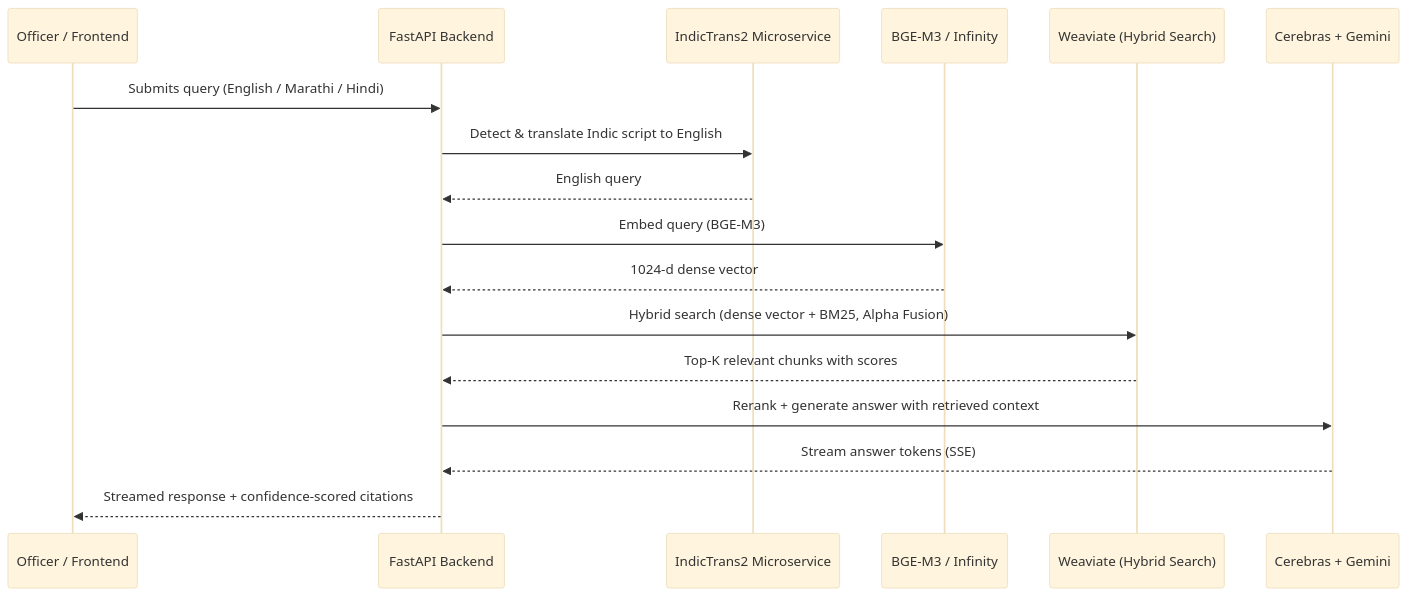
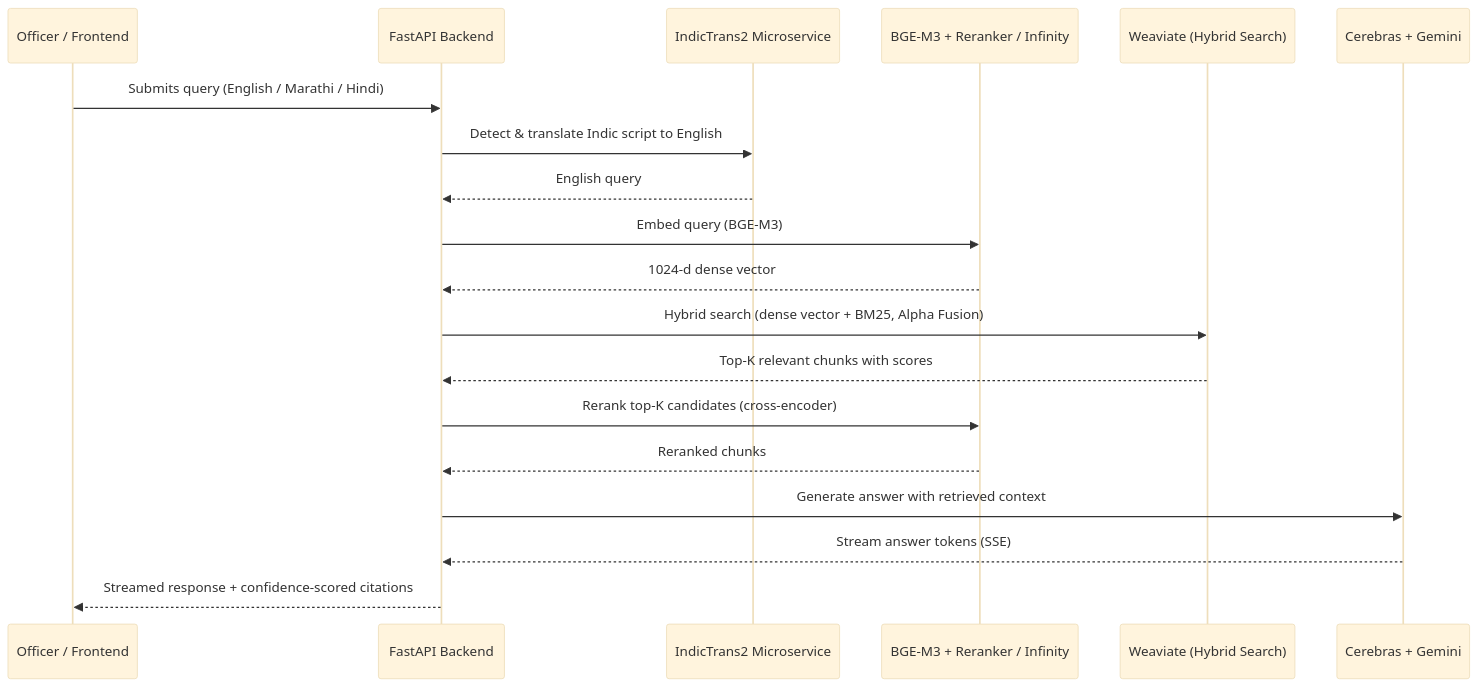
The first of 2 diagrams in README.md (pushkqr/gov-assist-rag), drawn with Mermaid (base theme) before and after one commit. The commit also changed other lines of this file and 11 other files, not shown here.

````diff
--- a/README.md
+++ b/README.md
@@ -51,20 +52,22 @@
 ```mermaid
 sequenceDiagram
     participant User as Officer / Frontend
     participant API as FastAPI Backend
     participant Trans as IndicTrans2 Microservice
-    participant Embed as BGE-M3 / Infinity
+    participant Embed as BGE-M3 + Reranker / Infinity
     participant DB as Weaviate (Hybrid Search)
     participant LLM as Cerebras + Gemini
 
     User->>API: Submits query (English / Marathi / Hindi)
     API->>Trans: Detect & translate Indic script to English
     Trans-->>API: English query
     API->>Embed: Embed query (BGE-M3)
     Embed-->>API: 1024-d dense vector
     API->>DB: Hybrid search (dense vector + BM25, Alpha Fusion)
     DB-->>API: Top-K relevant chunks with scores
-    API->>LLM: Rerank + generate answer with retrieved context
+    API->>Embed: Rerank top-K candidates (cross-encoder)
+    Embed-->>API: Reranked chunks
+    API->>LLM: Generate answer with retrieved context
     LLM-->>API: Stream answer tokens (SSE)
     API-->>User: Streamed response + confidence-scored citations
 ```
````
